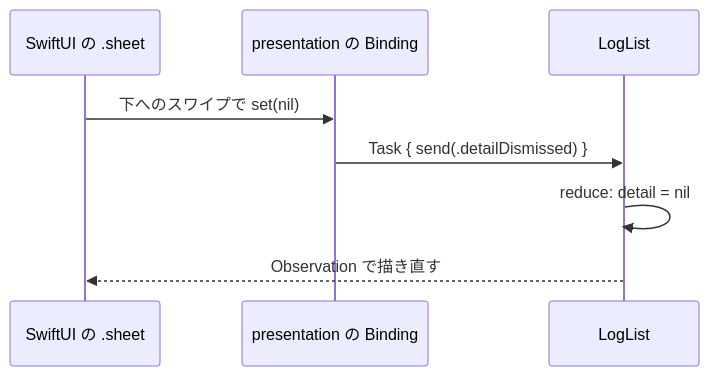
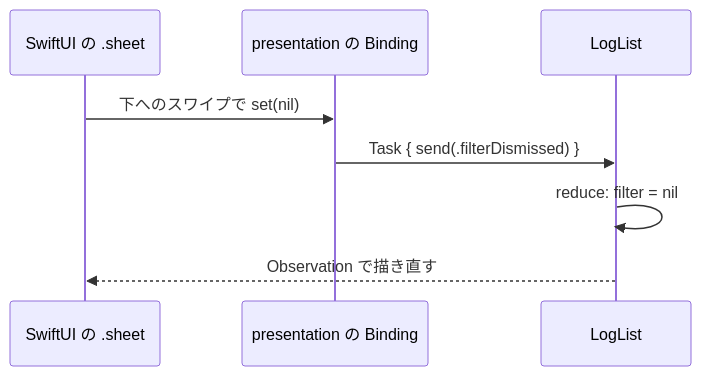
The seventh of 7 diagrams in docs/architecture.md (kz56cd/RillArchitectureSample), drawn with Mermaid before and after one commit. The commit also changed other lines of this file and 17 other files, not shown here.

````diff
--- a/docs/architecture.md
+++ b/docs/architecture.md
@@ -129,11 +151,11 @@
 ```mermaid
 sequenceDiagram
     participant S as SwiftUI の .sheet
     participant B as presentation の Binding
     participant L as LogList
 
     S->>B: 下へのスワイプで set(nil)
-    B->>L: Task { send(.detailDismissed) }
-    L->>L: reduce: detail = nil
+    B->>L: Task { send(.filterDismissed) }
+    L->>L: reduce: filter = nil
     L-->>S: Observation で描き直す
 ```
````
